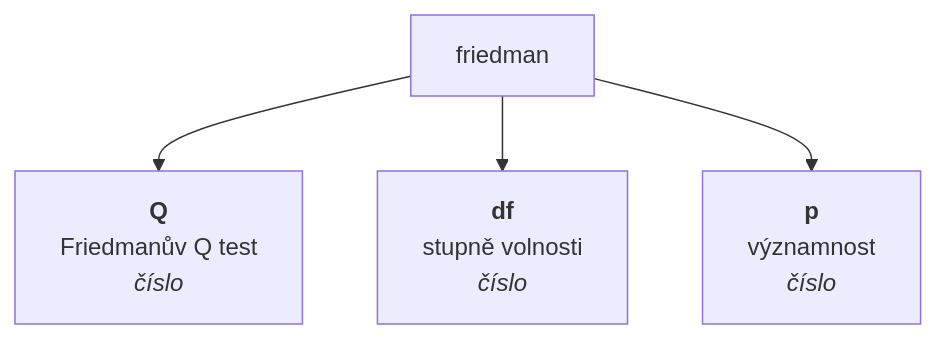
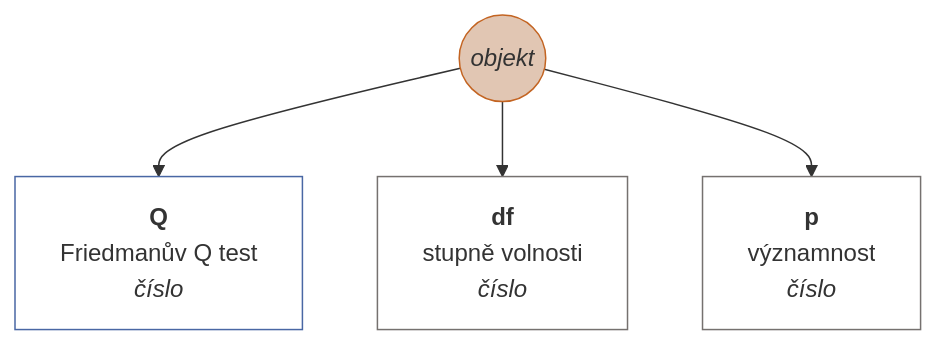
Diagram 12 of 13 in docs/cs-CZ/matrix.md (muzikp/retusa), drawn with Mermaid before and after one commit. The commit also changed other lines of this file and 17 other files, not shown here.

````diff
--- a/docs/cs-CZ/matrix.md
+++ b/docs/cs-CZ/matrix.md
@@ -577,7 +659,16 @@
 ```mermaid
 graph TD
+friedman((<i>objekt</i>))
+style friedman fill:#E1C6B3;
+style friedman stroke:#C36422;
 friedman --> Q[<b>Q</b><br>Friedmanův Q test <br><i>číslo</i>]
+style Q fill:#FFFFFF;
+style Q stroke:#4967A4;
 friedman --> df[<b>df</b><br>stupně volnosti <br><i>číslo</i>]
+style df fill:#FFFFFF;
+style df stroke:#75716F;
 friedman --> p[<b>p</b><br>významnost <br><i>číslo</i>]
+style p fill:#FFFFFF;
+style p stroke:#75716F;
 
 ```
````
